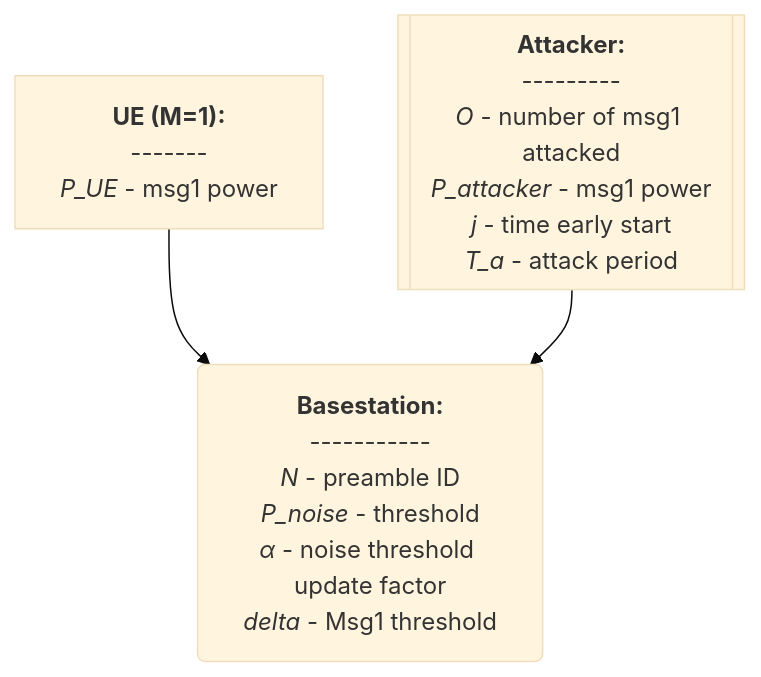
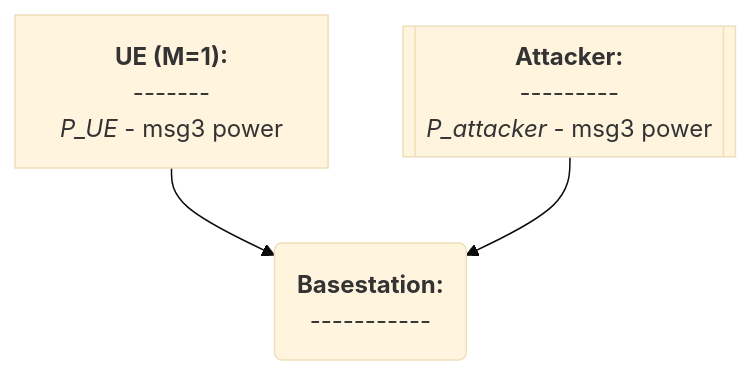
The second of 3 diagrams in docs/Thesis (Basic Msg3 Model).md (bmw-ece-ntust/wilfrid-prach-attack-analysis), drawn with Mermaid (base theme) before and after one commit.

Commit message:
Update Thesis (Basic Msg3 Model).md

````diff
--- a/docs/Thesis (Basic Msg3 Model).md
+++ b/docs/Thesis (Basic Msg3 Model).md
@@ -36,20 +36,13 @@
 ```mermaid
 flowchart TD
     A("`**Basestation:**
-    -----------
-    *N* - preamble ID
-    *P_noise* - threshold
-    *α* - noise threshold update factor
-    *delta* - Msg1 threshold`")
+    -----------`")
     B["`**UE (M=1):**
     -------
-    *P_UE* - msg1 power`"]
+    *P_UE* - msg3 power`"]
     C[["`**Attacker:**
     ---------
-    *O* - number of msg1 attacked
-    *P_attacker* - msg1 power
-    *j* - time early start
-    *T_a* - attack period`"]]
+    *P_attacker* - msg3 power`"]]
     B-->A
     C-->A
 ```
````
